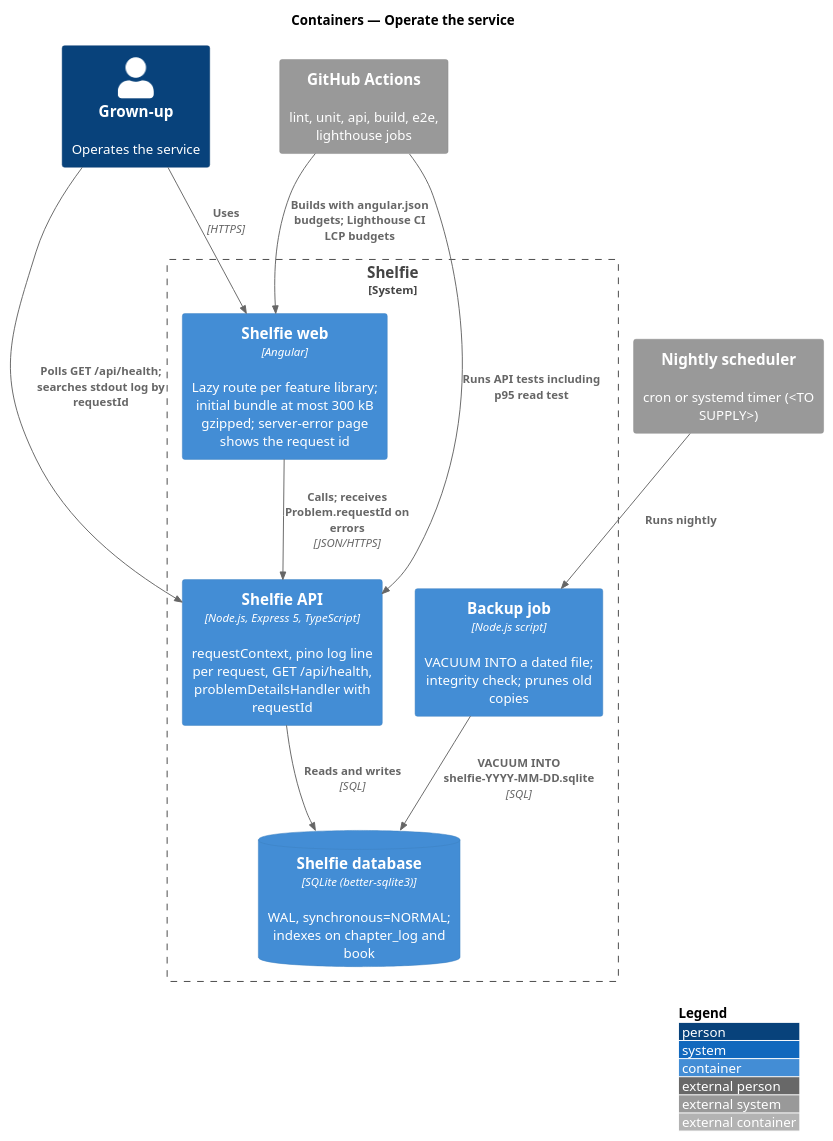
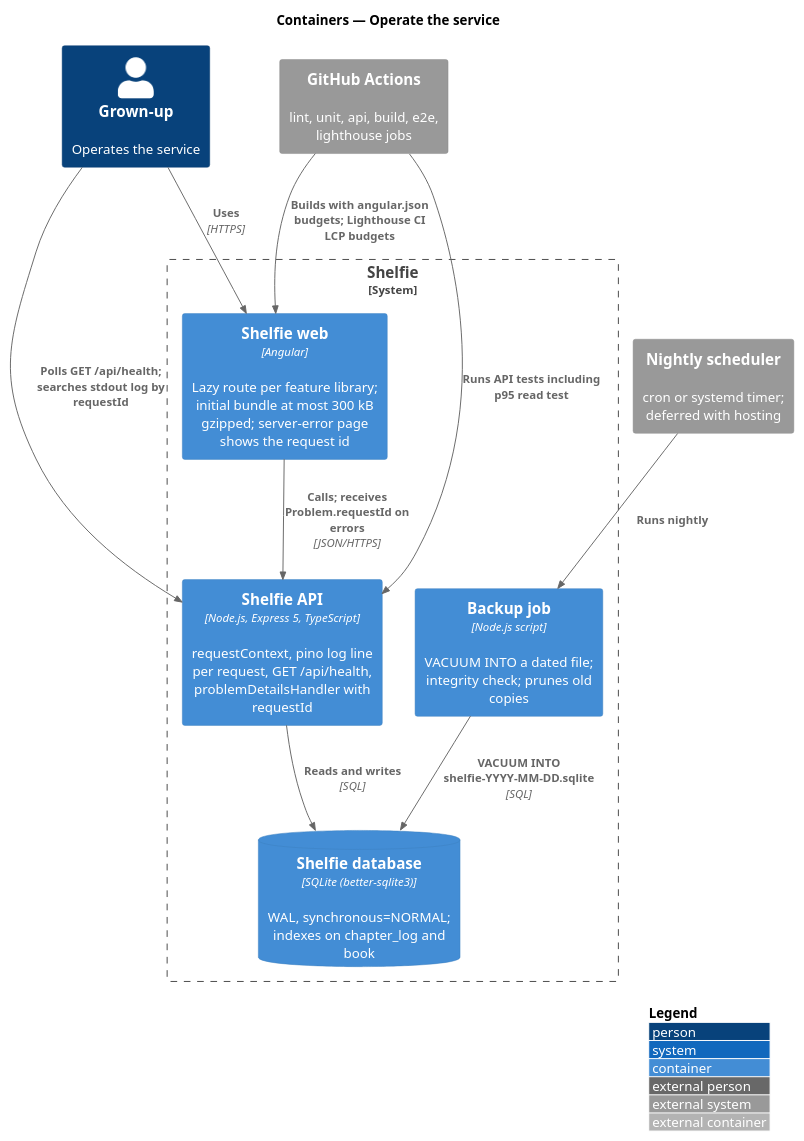
One commit to QuinntyneBrown/shelfie changed the diagram in docs/detailed-designs/platform/operate-service/diagrams/c4-container.puml. Above: the diagram before and after it, drawn with PlantUML. The commit also changed 27 other files, not shown here.

```diff
--- a/docs/detailed-designs/platform/operate-service/diagrams/c4-container.puml
+++ b/docs/detailed-designs/platform/operate-service/diagrams/c4-container.puml
@@ -1,23 +1,23 @@
 @startuml
 !include <C4/C4_Container>
 LAYOUT_WITH_LEGEND()
 title Containers — Operate the service
 
 Person(grownUp, "Grown-up", "Operates the service")
-System_Ext(scheduler, "Nightly scheduler", "cron or systemd timer (<TO SUPPLY>)")
+System_Ext(scheduler, "Nightly scheduler", "cron or systemd timer; deferred with hosting")
 System_Ext(ci, "GitHub Actions", "lint, unit, api, build, e2e, lighthouse jobs")
 System_Boundary(shelfie, "Shelfie") {
   Container(web, "Shelfie web", "Angular", "Lazy route per feature library; initial bundle at most 300 kB gzipped; server-error page shows the request id")
   Container(api, "Shelfie API", "Node.js, Express 5, TypeScript", "requestContext, pino log line per request, GET /api/health, problemDetailsHandler with requestId")
   ContainerDb(db, "Shelfie database", "SQLite (better-sqlite3)", "WAL, synchronous=NORMAL; indexes on chapter_log and book")
   Container(backup, "Backup job", "Node.js script", "VACUUM INTO a dated file; integrity check; prunes old copies")
 }
 Rel(grownUp, web, "Uses", "HTTPS")
 Rel(grownUp, api, "Polls GET /api/health; searches stdout log by requestId")
 Rel(web, api, "Calls; receives Problem.requestId on errors", "JSON/HTTPS")
 Rel(api, db, "Reads and writes", "SQL")
 Rel(scheduler, backup, "Runs nightly")
 Rel(backup, db, "VACUUM INTO shelfie-YYYY-MM-DD.sqlite", "SQL")
 Rel(ci, web, "Builds with angular.json budgets; Lighthouse CI LCP budgets")
 Rel(ci, api, "Runs API tests including p95 read test")
 @enduml
```
